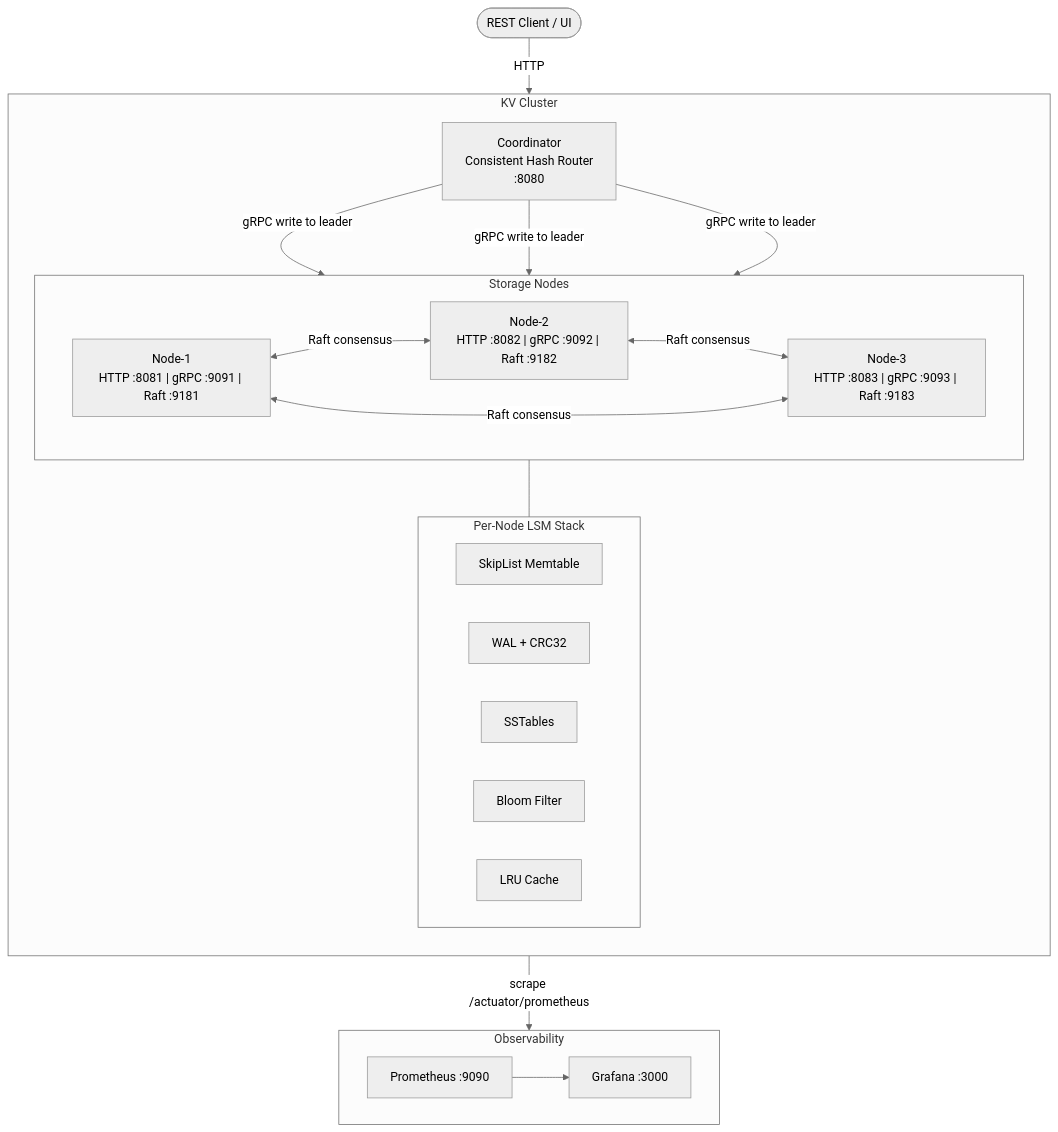
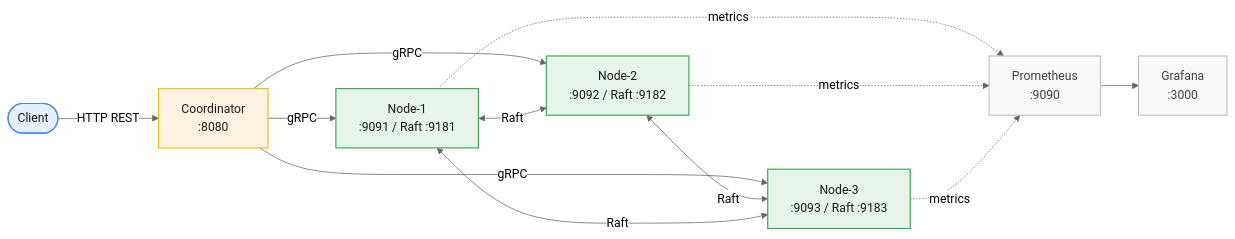
Before and after one commit to shubhxtech/Distributed-NoSQL-Key-Value-Database: the first of 6 diagrams in README.md, drawn with Mermaid (neutral theme). The commit also changed other lines of this file, not shown here.

Commit message:
docs: simplify diagrams with clean minimal style

````diff
--- a/README.md
+++ b/README.md
@@ -55,42 +50,23 @@
 ```mermaid
-flowchart TD
-    Client(["REST Client / UI"])
+flowchart LR
+    classDef client fill:#e8f0fe,stroke:#4285f4,stroke-width:1.5px,color:#1a1a1a
+    classDef coord  fill:#fef3e2,stroke:#fbbc04,stroke-width:1.5px,color:#1a1a1a
+    classDef node   fill:#e6f4ea,stroke:#34a853,stroke-width:1.5px,color:#1a1a1a
+    classDef obs    fill:#f8f9fa,stroke:#bdc1c6,stroke-width:1.5px,color:#3c4043
 
-    subgraph Cluster["KV Cluster"]
-        direction TB
-        Coordinator["Coordinator\nConsistent Hash Router\n:8080"]
+    C(["Client"]):::client
+    CO["Coordinator\n:8080"]:::coord
+    N1["Node-1\n:9091 / Raft :9181"]:::node
+    N2["Node-2\n:9092 / Raft :9182"]:::node
+    N3["Node-3\n:9093 / Raft :9183"]:::node
+    P["Prometheus\n:9090"]:::obs
+    G["Grafana\n:3000"]:::obs
 
-        subgraph Nodes["Storage Nodes"]
-            direction LR
-            N1["Node-1\nHTTP :8081 | gRPC :9091 | Raft :9181"]
-            N2["Node-2\nHTTP :8082 | gRPC :9092 | Raft :9182"]
-            N3["Node-3\nHTTP :8083 | gRPC :9093 | Raft :9183"]
-        end
-
-        subgraph Storage["Per-Node LSM Stack"]
-            direction LR
-            MEM["SkipList Memtable"]
-            WAL["WAL + CRC32"]
-            SST["SSTables"]
-            BF["Bloom Filter"]
-            LRU["LRU Cache"]
-        end
-    end
-
-    subgraph Observability["Observability"]
-        direction LR
-        Prom["Prometheus :9090"]
-        Graf["Grafana :3000"]
-    end
-
-    Client -->|"HTTP"| Coordinator
-    Coordinator -->|"gRPC write to leader"| N1
-    Coordinator -->|"gRPC write to leader"| N2
-    Coordinator -->|"gRPC write to leader"| N3
-    N1 <-->|"Raft consensus"| N2
-    N2 <-->|"Raft consensus"| N3
-    N1 <-->|"Raft consensus"| N3
-    N1 --- Storage
-    Cluster -->|"scrape /actuator/prometheus"| Prom
-    Prom --> Graf
+    C -->|"HTTP REST"| CO
+    CO -->|"gRPC"| N1 & N2 & N3
+    N1 <-->|"Raft"| N2
+    N2 <-->|"Raft"| N3
+    N1 <-->|"Raft"| N3
+    N1 & N2 & N3 -. metrics .-> P
+    P --> G
 ```
````
